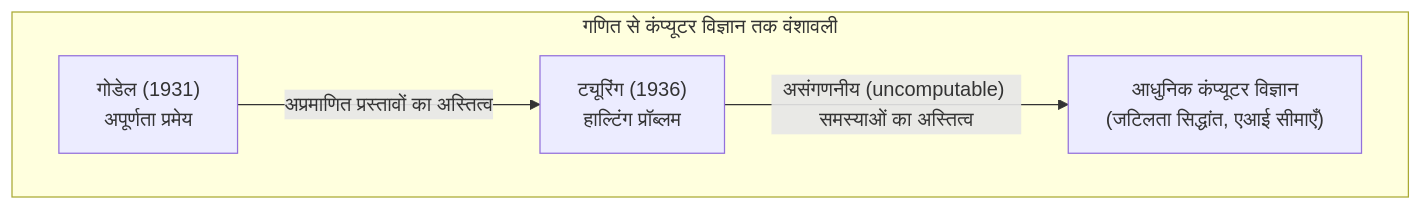
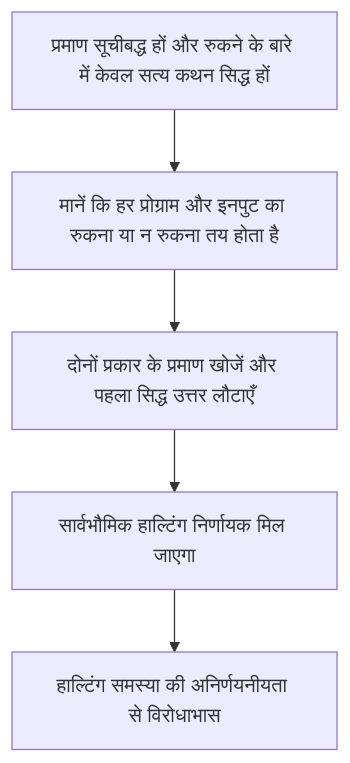
The fourth of 4 diagrams in content/post/godels-incompleteness-theorems/index.hi.md (kenjinote/blog), drawn with Mermaid before and after one commit. The commit also changed other lines of this file and 11 other files, not shown here.

````diff
--- a/content/post/godels-incompleteness-theorems/index.hi.md
+++ b/content/post/godels-incompleteness-theorems/index.hi.md
@@ -144,7 +148,7 @@
 ```mermaid
-graph TD
-    subgraph "गणित से कंप्यूटर विज्ञान तक वंशावली"
-        Godel["गोडेल (1931)<br/>अपूर्णता प्रमेय"] -->|"अप्रमाणित प्रस्तावों का अस्तित्व"| Turing["ट्यूरिंग (1936)<br/>हाल्टिंग प्रॉब्लम"]
-        Turing -->|"असंगणनीय (uncomputable) समस्याओं का अस्तित्व"| Computer["आधुनिक कंप्यूटर विज्ञान<br/>(जटिलता सिद्धांत, एआई सीमाएँ)"]
-    end
+flowchart TD
+    T["प्रमाण सूचीबद्ध हों और रुकने के बारे में केवल सत्य कथन सिद्ध हों"] --> A["मानें कि हर प्रोग्राम और इनपुट का रुकना या न रुकना तय होता है"]
+    A --> Search["दोनों प्रकार के प्रमाण खोजें और पहला सिद्ध उत्तर लौटाएँ"]
+    Search --> H["सार्वभौमिक हाल्टिंग निर्णायक मिल जाएगा"]
+    H --> No["हाल्टिंग समस्या की अनिर्णयनीयता से विरोधाभास"]
 ```
````
